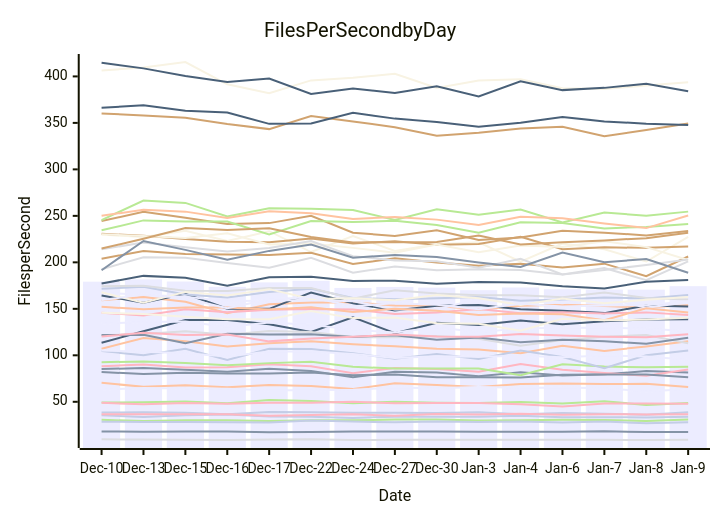
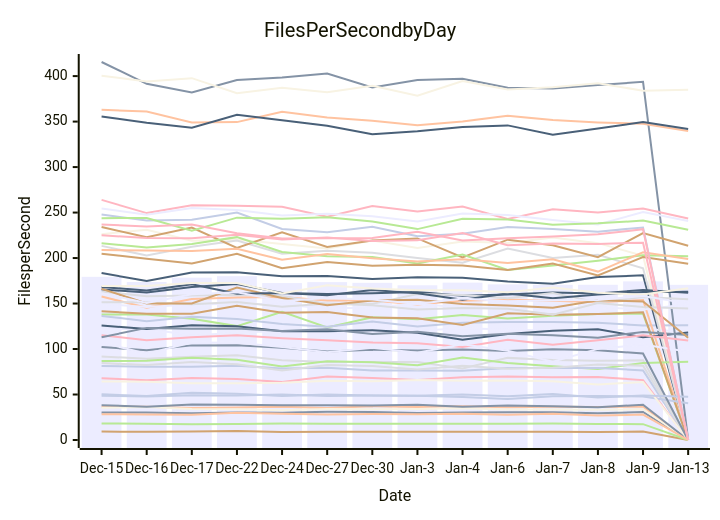
One commit to streetsidesoftware/cspell changed the diagram in perf-report.md. Above: the diagram before and after it, drawn with Mermaid. The commit also changed other lines of this file and 1 other file, not shown here.

````diff
--- a/perf-report.md
+++ b/perf-report.md
@@ -10,57 +10,57 @@
 ```mermaid
 xychart-beta
     title Files Per Second by Day
     y-axis Files per Second
-    x-axis Date [Dec-10, Dec-13, Dec-15, Dec-16, Dec-17, Dec-22, Dec-24, Dec-27, Dec-30, Jan-3, Jan-4, Jan-6, Jan-7, Jan-8, Jan-9]
-    bar [179.19, 181.65, 179.36, 173.64, 178.43, 180.09, 172.48, 173.54, 172.79, 170.07, 172.98, 171.06, 170.63, 170.60, 174.36]
-    line [85.17, 86.33, 84.51, 82.32, 85.67, 83.25, 76.44, 82.43, 81.41, 77.52, 81.68, 78.20, 79.53, 83.01, 81.62]
-    line [107.06, 118.54, 115.18, 109.59, 113.00, 115.03, 111.88, 109.68, 107.07, 106.25, 102.14, 110.16, 104.65, 109.58, 115.11]
-    line [9.61, 9.47, 9.27, 8.94, 9.45, 9.78, 8.90, 9.07, 9.12, 9.16, 9.11, 9.12, 9.14, 8.90, 9.21]
-    line [30.55, 29.22, 30.21, 30.10, 29.27, 30.24, 30.04, 30.99, 30.88, 29.79, 30.12, 30.58, 30.44, 29.43, 30.82]
-    line [244.44, 254.37, 247.88, 241.35, 242.19, 249.98, 231.90, 228.38, 234.40, 224.05, 226.75, 234.01, 231.87, 229.00, 233.60]
-    line [35.41, 33.56, 35.56, 36.21, 34.19, 33.89, 32.69, 33.95, 33.78, 33.96, 34.86, 33.41, 33.47, 33.19, 33.82]
-    line [88.30, 90.18, 86.83, 87.07, 90.37, 88.26, 80.81, 86.47, 85.34, 82.22, 90.61, 84.54, 80.98, 78.06, 84.72]
-    line [113.42, 125.88, 138.00, 137.98, 133.31, 125.20, 140.89, 123.76, 134.99, 132.64, 137.41, 133.47, 136.71, 138.45, 138.88]
-    line [229.87, 227.19, 234.07, 222.96, 233.49, 211.10, 228.39, 212.27, 219.38, 221.60, 200.66, 220.18, 213.99, 200.90, 227.46]
-    line [134.27, 135.78, 136.38, 130.55, 135.39, 132.89, 127.54, 124.61, 130.19, 124.72, 128.97, 129.63, 129.57, 128.75, 125.98]
-    line [18.13, 17.78, 18.13, 17.93, 17.37, 17.53, 18.08, 17.97, 17.93, 17.83, 17.83, 17.89, 18.19, 17.48, 17.44]
-    line [159.18, 162.67, 157.64, 145.39, 155.01, 156.77, 157.19, 153.46, 153.21, 148.91, 153.20, 154.41, 153.05, 151.33, 153.98]
-    line [192.58, 205.45, 204.82, 199.34, 194.10, 204.78, 188.75, 195.62, 191.45, 192.64, 191.68, 186.85, 193.93, 180.85, 201.04]
-    line [234.43, 245.12, 243.88, 243.97, 230.01, 244.43, 243.32, 244.74, 240.28, 231.82, 243.15, 242.35, 236.52, 238.12, 241.19]
-    line [203.97, 212.22, 208.88, 208.37, 207.77, 210.28, 198.12, 204.40, 199.78, 196.30, 198.61, 194.45, 198.60, 185.12, 206.27]
-    line [38.36, 38.81, 38.12, 36.63, 38.97, 38.70, 38.32, 38.26, 37.85, 38.77, 36.54, 38.02, 37.20, 35.97, 38.77]
-    line [36.59, 36.61, 36.51, 36.62, 35.07, 35.79, 36.55, 35.09, 36.98, 36.38, 37.08, 36.07, 36.65, 36.34, 36.49]
-    line [164.38, 156.51, 166.27, 150.03, 149.99, 167.61, 155.99, 148.15, 153.37, 154.17, 149.42, 147.86, 145.38, 153.63, 152.37]
-    line [406.35, 409.54, 415.50, 391.53, 381.89, 395.71, 398.52, 402.79, 387.60, 395.60, 397.05, 387.31, 386.47, 390.16, 393.74]
-    line [167.40, 165.15, 163.12, 158.04, 158.90, 159.56, 158.26, 149.38, 149.63, 160.44, 159.38, 155.94, 161.49, 151.30, 157.09]
-    line [81.96, 79.96, 81.37, 80.53, 80.51, 81.49, 78.49, 79.44, 76.50, 76.34, 76.08, 79.03, 79.23, 79.24, 76.50]
-    line [70.43, 66.11, 67.91, 65.71, 68.06, 67.11, 63.78, 69.83, 68.15, 65.99, 69.11, 69.77, 69.09, 69.36, 65.84]
-    line [121.50, 122.96, 125.85, 122.14, 126.07, 124.95, 119.60, 119.43, 120.64, 117.82, 110.33, 116.53, 120.08, 121.77, 112.94]
-    line [92.60, 93.37, 91.85, 89.18, 91.59, 93.06, 87.76, 85.72, 85.81, 85.78, 78.64, 90.27, 87.90, 87.06, 87.60]
-    line [230.73, 228.56, 225.00, 222.02, 221.71, 225.51, 220.33, 222.69, 218.79, 219.63, 227.40, 214.16, 216.11, 215.58, 216.92]
-    line [171.51, 173.65, 165.49, 162.20, 168.07, 171.52, 161.55, 160.38, 161.25, 162.72, 158.59, 160.02, 162.06, 161.10, 164.91]
-    line [145.78, 142.78, 149.53, 146.32, 148.93, 149.89, 149.32, 144.39, 145.93, 149.70, 145.36, 146.19, 145.02, 146.18, 143.49]
-    line [177.29, 185.44, 183.45, 174.84, 184.02, 184.52, 180.06, 180.25, 176.99, 178.92, 178.38, 174.22, 171.75, 179.11, 181.04]
-    line [230.17, 228.31, 226.27, 231.21, 219.13, 220.31, 215.56, 210.39, 219.17, 210.98, 218.13, 216.47, 222.63, 216.37, 202.60]
-    line [63.18, 64.91, 64.35, 64.10, 62.51, 62.39, 63.01, 65.26, 64.66, 65.89, 65.11, 65.47, 64.47, 61.13, 63.67]
-    line [121.79, 122.20, 112.97, 123.23, 122.39, 122.57, 119.82, 121.66, 116.64, 119.03, 114.16, 116.74, 115.06, 112.51, 118.83]
-    line [152.15, 149.54, 151.43, 151.38, 149.35, 151.56, 146.50, 150.10, 148.04, 143.32, 145.06, 144.14, 137.83, 150.50, 146.15]
-    line [214.11, 221.23, 216.34, 211.66, 215.40, 222.98, 206.68, 202.06, 201.20, 194.13, 203.79, 186.99, 191.85, 197.16, 203.10]
-    line [245.47, 266.55, 263.96, 249.42, 258.13, 257.62, 256.30, 245.45, 257.10, 251.12, 256.72, 242.84, 253.62, 250.11, 254.55]
-    line [360.18, 358.05, 355.49, 348.84, 343.31, 357.38, 351.53, 345.39, 336.17, 339.40, 343.93, 345.83, 335.66, 342.43, 349.42]
-    line [104.66, 100.11, 107.13, 94.87, 107.05, 106.83, 102.33, 96.35, 101.39, 95.92, 105.11, 98.16, 86.10, 100.14, 105.08]
-    line [120.17, 124.20, 121.82, 122.30, 114.99, 117.98, 119.98, 122.26, 120.11, 120.07, 122.96, 121.36, 120.04, 119.36, 122.67]
-    line [366.29, 369.00, 363.03, 361.09, 348.96, 349.43, 360.81, 354.60, 350.95, 345.98, 350.21, 356.35, 351.62, 349.11, 347.65]
-    line [145.78, 144.45, 141.51, 138.80, 138.75, 147.65, 140.01, 140.67, 134.58, 133.84, 126.46, 139.31, 137.59, 138.48, 140.31]
-    line [105.10, 103.83, 102.19, 98.64, 104.01, 104.04, 101.53, 97.16, 99.08, 98.33, 99.60, 97.96, 99.84, 98.62, 95.10]
-    line [191.55, 223.01, 213.39, 202.82, 212.32, 219.19, 204.86, 207.97, 205.76, 199.93, 194.96, 210.48, 200.08, 203.53, 188.73]
-    line [250.13, 256.58, 254.55, 247.67, 254.88, 252.93, 246.70, 248.73, 245.95, 240.13, 248.92, 247.35, 241.85, 236.85, 250.47]
-    line [174.24, 174.74, 169.36, 169.15, 172.44, 172.46, 160.97, 170.04, 166.42, 164.47, 164.70, 162.35, 167.49, 161.75, 159.91]
-    line [49.15, 49.54, 50.29, 48.39, 51.90, 50.84, 48.41, 49.94, 48.88, 48.70, 49.88, 48.16, 50.54, 46.59, 48.81]
-    line [214.79, 225.36, 236.86, 234.70, 236.77, 227.25, 221.39, 221.64, 222.00, 228.77, 219.30, 221.68, 223.62, 226.04, 231.74]
-    line [28.65, 28.35, 28.26, 28.09, 27.81, 29.86, 28.77, 27.94, 28.71, 28.29, 28.89, 27.76, 28.93, 26.82, 27.98]
-    line [48.84, 47.30, 48.59, 47.94, 49.07, 48.96, 49.98, 48.46, 48.82, 48.74, 47.38, 44.97, 48.20, 48.28, 47.88]
-    line [414.80, 408.65, 400.36, 394.11, 397.72, 381.16, 387.10, 382.18, 389.40, 378.43, 394.66, 385.25, 387.67, 392.05, 384.01]
-    line [167.78, 156.48, 168.20, 164.35, 171.17, 160.66, 161.47, 159.18, 164.75, 161.43, 154.09, 160.97, 155.89, 159.83, 162.81]
-    line [159.37, 165.42, 161.29, 150.68, 160.30, 162.32, 152.82, 156.10, 154.49, 149.59, 155.51, 152.61, 153.69, 153.81, 158.28]
+    x-axis Date [Dec-15, Dec-16, Dec-17, Dec-22, Dec-24, Dec-27, Dec-30, Jan-3, Jan-4, Jan-6, Jan-7, Jan-8, Jan-9, Jan-13]
+    bar [179.36, 173.64, 178.43, 180.09, 172.48, 173.54, 172.79, 170.07, 172.98, 171.06, 170.63, 170.60, 174.36, 170.54]
+    line [30.21, 30.10, 29.27, 30.24, 30.04, 30.99, 30.88, 29.79, 30.12, 30.58, 30.44, 29.43, 30.82, 0.00]
+    line [36.51, 36.62, 35.07, 35.79, 36.55, 35.09, 36.98, 36.38, 37.08, 36.07, 36.65, 36.34, 36.49, 0.00]
+    line [91.85, 89.18, 91.59, 93.06, 87.76, 85.72, 85.81, 85.78, 78.64, 90.27, 87.90, 87.06, 87.60, 0.00]
+    line [138.00, 137.98, 133.31, 125.20, 140.89, 123.76, 134.99, 132.64, 137.41, 133.47, 136.71, 138.45, 138.88, 0.00]
+    line [9.27, 8.94, 9.45, 9.78, 8.90, 9.07, 9.12, 9.16, 9.11, 9.12, 9.14, 8.90, 9.21, 0.00]
+    line [136.38, 130.55, 135.39, 132.89, 127.54, 124.61, 130.19, 124.72, 128.97, 129.63, 129.57, 128.75, 125.98, 126.01]
+    line [67.91, 65.71, 68.06, 67.11, 63.78, 69.83, 68.15, 65.99, 69.11, 69.77, 69.09, 69.36, 65.84, 0.00]
+    line [183.45, 174.84, 184.02, 184.52, 180.06, 180.25, 176.99, 178.92, 178.38, 174.22, 171.75, 179.11, 181.04, 0.00]
+    line [226.27, 231.21, 219.13, 220.31, 215.56, 210.39, 219.17, 210.98, 218.13, 216.47, 222.63, 216.37, 202.60, 0.00]
+    line [121.82, 122.30, 114.99, 117.98, 119.98, 122.26, 120.11, 120.07, 122.96, 121.36, 120.04, 119.36, 122.67, 118.13]
+    line [415.50, 391.53, 381.89, 395.71, 398.52, 402.79, 387.60, 395.60, 397.05, 387.31, 386.47, 390.16, 393.74, 0.00]
+    line [157.64, 145.39, 155.01, 156.77, 157.19, 153.46, 153.21, 148.91, 153.20, 154.41, 153.05, 151.33, 153.98, 0.00]
+    line [213.39, 202.82, 212.32, 219.19, 204.86, 207.97, 205.76, 199.93, 194.96, 210.48, 200.08, 203.53, 188.73, 0.00]
+    line [86.83, 87.07, 90.37, 88.26, 80.81, 86.47, 85.34, 82.22, 90.61, 84.54, 80.98, 78.06, 84.72, 86.01]
+    line [234.07, 222.96, 233.49, 211.10, 228.39, 212.27, 219.38, 221.60, 200.66, 220.18, 213.99, 200.90, 227.46, 213.44]
+    line [81.37, 80.53, 80.51, 81.49, 78.49, 79.44, 76.50, 76.34, 76.08, 79.03, 79.23, 79.24, 76.50, 0.00]
+    line [263.96, 249.42, 258.13, 257.62, 256.30, 245.45, 257.10, 251.12, 256.72, 242.84, 253.62, 250.11, 254.55, 243.57]
+    line [125.85, 122.14, 126.07, 124.95, 119.60, 119.43, 120.64, 117.82, 110.33, 116.53, 120.08, 121.77, 112.94, 118.12]
+    line [35.56, 36.21, 34.19, 33.89, 32.69, 33.95, 33.78, 33.96, 34.86, 33.41, 33.47, 33.19, 33.82, 0.00]
+    line [149.53, 146.32, 148.93, 149.89, 149.32, 144.39, 145.93, 149.70, 145.36, 146.19, 145.02, 146.18, 143.49, 149.28]
+    line [38.12, 36.63, 38.97, 38.70, 38.32, 38.26, 37.85, 38.77, 36.54, 38.02, 37.20, 35.97, 38.77, 0.00]
+    line [363.03, 361.09, 348.96, 349.43, 360.81, 354.60, 350.95, 345.98, 350.21, 356.35, 351.62, 349.11, 347.65, 339.60]
+    line [84.51, 82.32, 85.67, 83.25, 76.44, 82.43, 81.41, 77.52, 81.68, 78.20, 79.53, 83.01, 81.62, 0.00]
+    line [216.34, 211.66, 215.40, 222.98, 206.68, 202.06, 201.20, 194.13, 203.79, 186.99, 191.85, 197.16, 203.10, 202.09]
+    line [141.51, 138.80, 138.75, 147.65, 140.01, 140.67, 134.58, 133.84, 126.46, 139.31, 137.59, 138.48, 140.31, 0.00]
+    line [48.59, 47.94, 49.07, 48.96, 49.98, 48.46, 48.82, 48.74, 47.38, 44.97, 48.20, 48.28, 47.88, 40.49]
+    line [115.18, 109.59, 113.00, 115.03, 111.88, 109.68, 107.07, 106.25, 102.14, 110.16, 104.65, 109.58, 115.11, 109.31]
+    line [165.49, 162.20, 168.07, 171.52, 161.55, 160.38, 161.25, 162.72, 158.59, 160.02, 162.06, 161.10, 164.91, 161.78]
+    line [64.35, 64.10, 62.51, 62.39, 63.01, 65.26, 64.66, 65.89, 65.11, 65.47, 64.47, 61.13, 63.67, 0.00]
+    line [254.55, 247.67, 254.88, 252.93, 246.70, 248.73, 245.95, 240.13, 248.92, 247.35, 241.85, 236.85, 250.47, 240.68]
+    line [102.19, 98.64, 104.01, 104.04, 101.53, 97.16, 99.08, 98.33, 99.60, 97.96, 99.84, 98.62, 95.10, 0.00]
+    line [208.88, 208.37, 207.77, 210.28, 198.12, 204.40, 199.78, 196.30, 198.61, 194.45, 198.60, 185.12, 206.27, 199.08]
+    line [151.43, 151.38, 149.35, 151.56, 146.50, 150.10, 148.04, 143.32, 145.06, 144.14, 137.83, 150.50, 146.15, 144.56]
+    line [18.13, 17.93, 17.37, 17.53, 18.08, 17.97, 17.93, 17.83, 17.83, 17.89, 18.19, 17.48, 17.44, 0.00]
+    line [204.82, 199.34, 194.10, 204.78, 188.75, 195.62, 191.45, 192.64, 191.68, 186.85, 193.93, 180.85, 201.04, 193.68]
+    line [247.88, 241.35, 242.19, 249.98, 231.90, 228.38, 234.40, 224.05, 226.75, 234.01, 231.87, 229.00, 233.60, 0.00]
+    line [225.00, 222.02, 221.71, 225.51, 220.33, 222.69, 218.79, 219.63, 227.40, 214.16, 216.11, 215.58, 216.92, 0.00]
+    line [355.49, 348.84, 343.31, 357.38, 351.53, 345.39, 336.17, 339.40, 343.93, 345.83, 335.66, 342.43, 349.42, 341.79]
+    line [400.36, 394.11, 397.72, 381.16, 387.10, 382.18, 389.40, 378.43, 394.66, 385.25, 387.67, 392.05, 384.01, 385.12]
+    line [107.13, 94.87, 107.05, 106.83, 102.33, 96.35, 101.39, 95.92, 105.11, 98.16, 86.10, 100.14, 105.08, 97.11]
+    line [112.97, 123.23, 122.39, 122.57, 119.82, 121.66, 116.64, 119.03, 114.16, 116.74, 115.06, 112.51, 118.83, 115.41]
+    line [28.26, 28.09, 27.81, 29.86, 28.77, 27.94, 28.71, 28.29, 28.89, 27.76, 28.93, 26.82, 27.98, 0.00]
+    line [163.12, 158.04, 158.90, 159.56, 158.26, 149.38, 149.63, 160.44, 159.38, 155.94, 161.49, 151.30, 157.09, 154.68]
+    line [243.88, 243.97, 230.01, 244.43, 243.32, 244.74, 240.28, 231.82, 243.15, 242.35, 236.52, 238.12, 241.19, 231.04]
+    line [166.27, 150.03, 149.99, 167.61, 155.99, 148.15, 153.37, 154.17, 149.42, 147.86, 145.38, 153.63, 152.37, 112.44]
+    line [50.29, 48.39, 51.90, 50.84, 48.41, 49.94, 48.88, 48.70, 49.88, 48.16, 50.54, 46.59, 48.81, 47.48]
+    line [236.86, 234.70, 236.77, 227.25, 221.39, 221.64, 222.00, 228.77, 219.30, 221.68, 223.62, 226.04, 231.74, 0.00]
+    line [168.20, 164.35, 171.17, 160.66, 161.47, 159.18, 164.75, 161.43, 154.09, 160.97, 155.89, 159.83, 162.81, 162.90]
+    line [169.36, 169.15, 172.44, 172.46, 160.97, 170.04, 166.42, 164.47, 164.70, 162.35, 167.49, 161.75, 159.91, 166.83]
+    line [161.29, 150.68, 160.30, 162.32, 152.82, 156.10, 154.49, 149.59, 155.51, 152.61, 153.69, 153.81, 158.28, 150.14]
 ```
````
